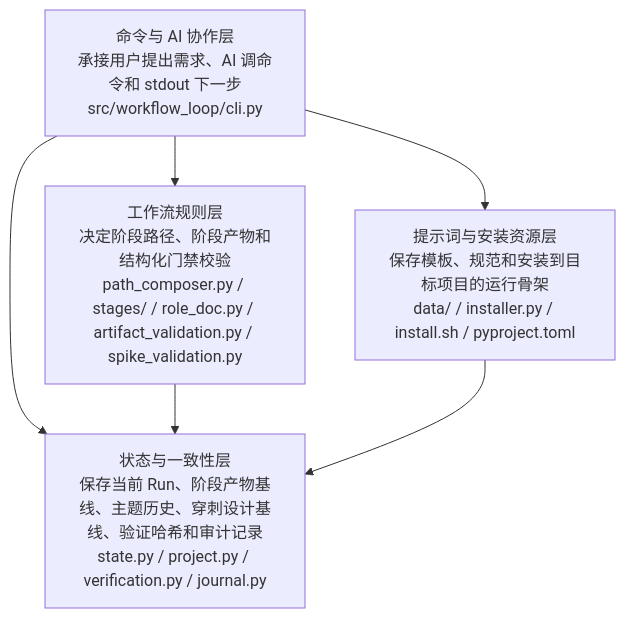
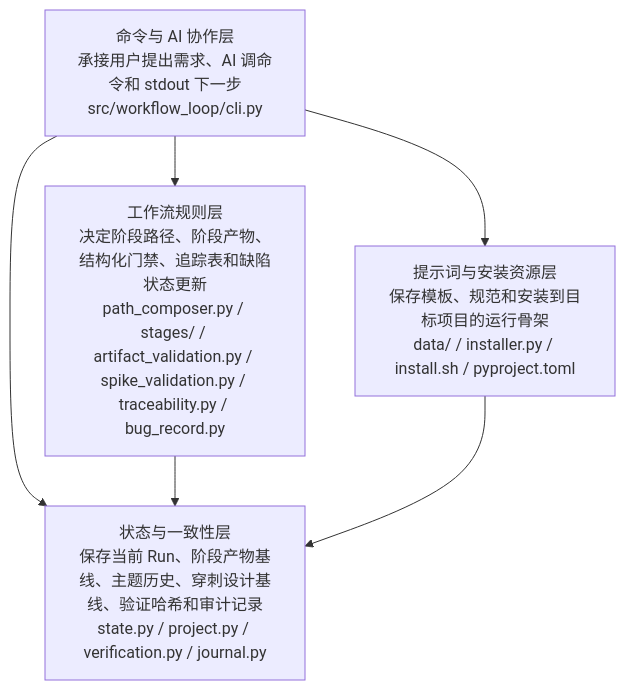
One commit to yuzyf/workflow_loop changed the first of 6 diagrams in spec/architecture_code_design.md. Above: the diagram before and after it, drawn with Mermaid. The commit also changed other lines of this file and 64 other files, not shown here.

````diff
--- a/spec/architecture_code_design.md
+++ b/spec/architecture_code_design.md
@@ -98,13 +104,13 @@
 ```mermaid
 flowchart TB
     L1["命令与 AI 协作层<br/>承接用户提出需求、AI 调命令和 stdout 下一步<br/>src/workflow_loop/cli.py"]
-    L2["工作流规则层<br/>决定阶段路径、阶段产物和结构化门禁校验<br/>path_composer.py / stages/ / role_doc.py / artifact_validation.py / spike_validation.py"]
+    L2["工作流规则层<br/>决定阶段路径、阶段产物、结构化门禁、追踪表和缺陷状态更新<br/>path_composer.py / stages/ / artifact_validation.py / spike_validation.py / traceability.py / bug_record.py"]
     L3["状态与一致性层<br/>保存当前 Run、阶段产物基线、主题历史、穿刺设计基线、验证哈希和审计记录<br/>state.py / project.py / verification.py / journal.py"]
     L4["提示词与安装资源层<br/>保存模板、规范和安装到目标项目的运行骨架<br/>data/ / installer.py / install.sh / pyproject.toml"]
 
     L1 --> L2
     L1 --> L3
     L1 --> L4
     L2 --> L3
     L4 --> L3
 ```
````
